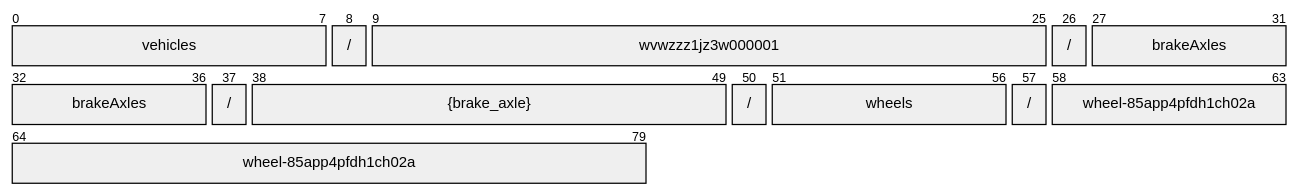
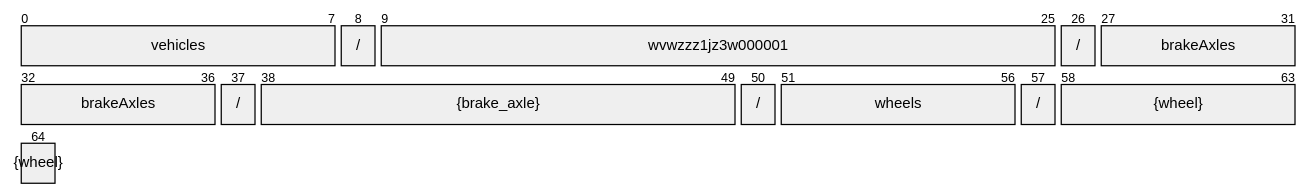
One commit to oh-tarnished/coversa-protobuf changed the third of 5 diagrams in protobuf/covesa/vss/motion/brake_axle_wheel/README.md. Above: the diagram before and after it, drawn with Mermaid. The commit also changed other lines of this file and 40 other files, not shown here.

First line of the commit message:
feat: Introduce BrakeAxleWheel and ChassisAxleWheel schemas

````diff
--- a/protobuf/covesa/vss/motion/brake_axle_wheel/README.md
+++ b/protobuf/covesa/vss/motion/brake_axle_wheel/README.md
@@ -99,14 +99,14 @@
 ```mermaid
 packet
 0-7: "vehicles"
 8: "/"
 9-25: "wvwzzz1jz3w000001"
 26: "/"
 27-36: "brakeAxles"
 37: "/"
 38-49: "{brake_axle}"
 50: "/"
 51-56: "wheels"
 57: "/"
-58-79: "wheel-85app4pfdh1ch02a"
+58-64: "{wheel}"
 ```
````
